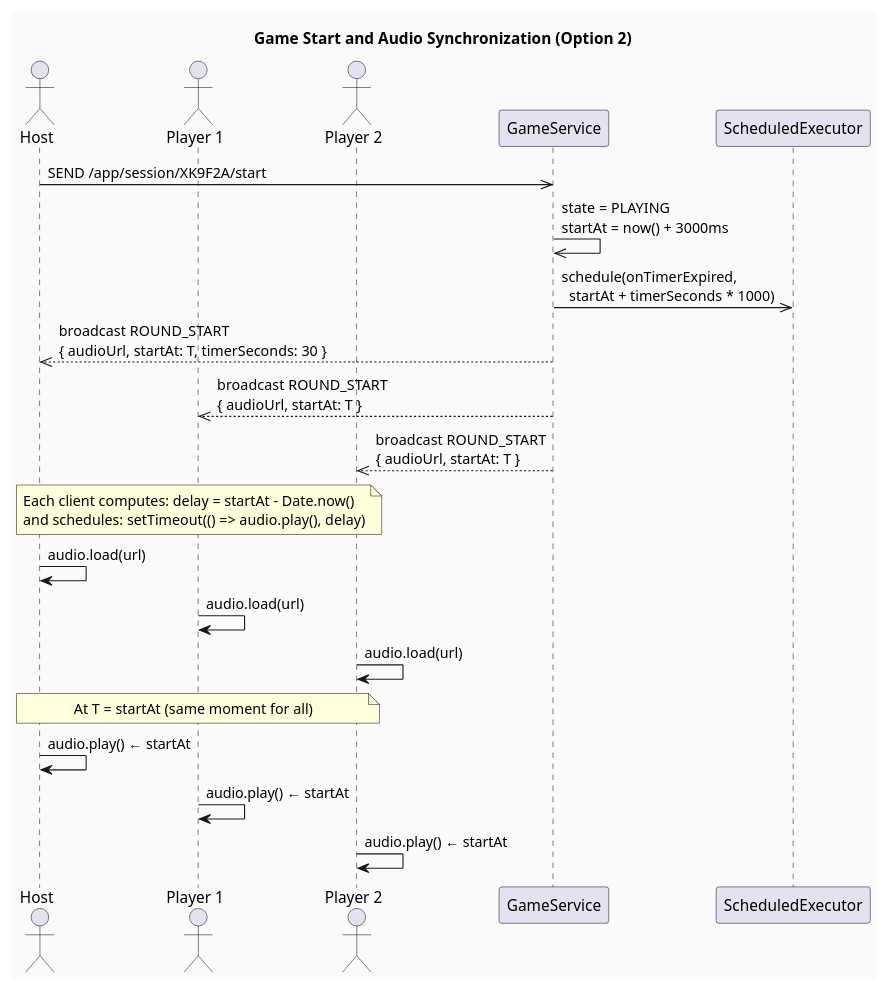
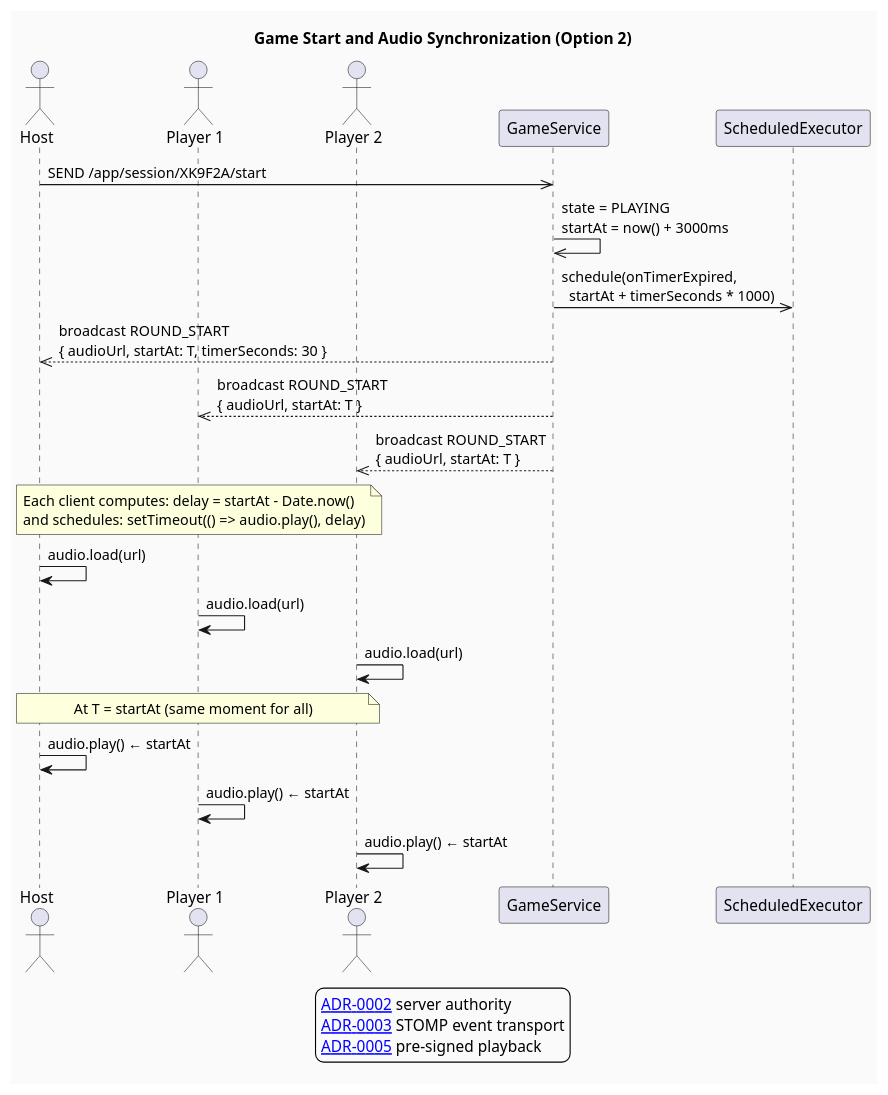
The second of 5 diagrams in docs/diagrams/04-sequences.puml (CyprienJ/blindTest), drawn with PlantUML before and after one commit. The commit also changed other lines of this file and 12 other files, not shown here.

Commit message:
FND-06 — Record core architecture decisions

```diff
--- a/docs/diagrams/04-sequences.puml
+++ b/docs/diagrams/04-sequences.puml
@@ -60,38 +69,45 @@
 @startuml Sequence - Game Start and Audio Synchronization
+' Decisions: ADR-0002 server authority; ADR-0003 STOMP; ADR-0005 pre-signed media.
 title Game Start and Audio Synchronization (Option 2)
 skinparam backgroundColor #FAFAFA
 
 actor "Host" as host
 actor "Player 1" as p1
 actor "Player 2" as p2
 participant "GameService" as gs
 participant "ScheduledExecutor" as sched
+
+legend bottom
+  [[../adr/0002-server-authoritative-sessions.md ADR-0002]] server authority
+  [[../adr/0003-stomp-for-game-events-from-v1.md ADR-0003]] STOMP event transport
+  [[../adr/0005-private-s3-media-and-presigned-playback.md ADR-0005]] pre-signed playback
+endlegend
 
 host ->> gs : SEND /app/session/XK9F2A/start
 
 gs ->> gs : state = PLAYING\nstartAt = now() + 3000ms
 
 gs ->> sched : schedule(onTimerExpired,\n  startAt + timerSeconds * 1000)
 
 gs -->> host : broadcast ROUND_START\n{ audioUrl, startAt: T, timerSeconds: 30 }
 gs -->> p1 : broadcast ROUND_START\n{ audioUrl, startAt: T }
 gs -->> p2 : broadcast ROUND_START\n{ audioUrl, startAt: T }
 
 note over host, p2
   Each client computes: delay = startAt - Date.now()
   and schedules: setTimeout(() => audio.play(), delay)
 end note
 
 host -> host : audio.load(url)
 p1 -> p1 : audio.load(url)
 p2 -> p2 : audio.load(url)
 
 note over host, p2
   At T = startAt (same moment for all)
 end note
 
 host -> host : audio.play() ← startAt
 p1 -> p1 : audio.play() ← startAt
 p2 -> p2 : audio.play() ← startAt
 
 @enduml
```
